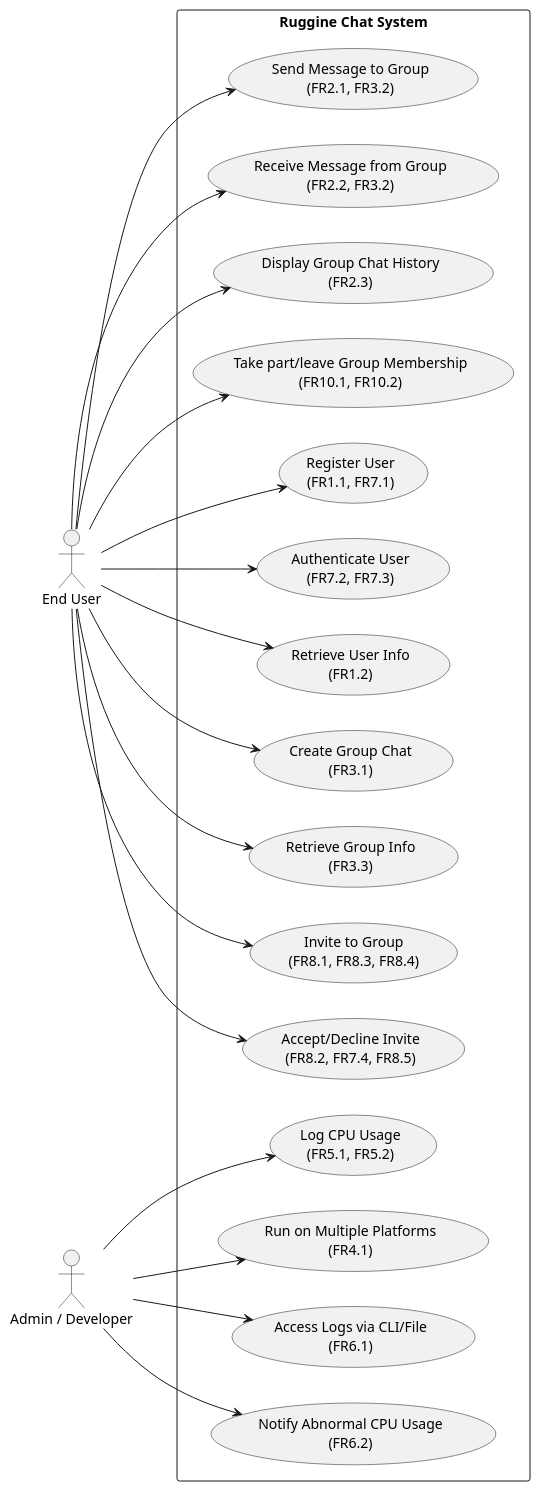
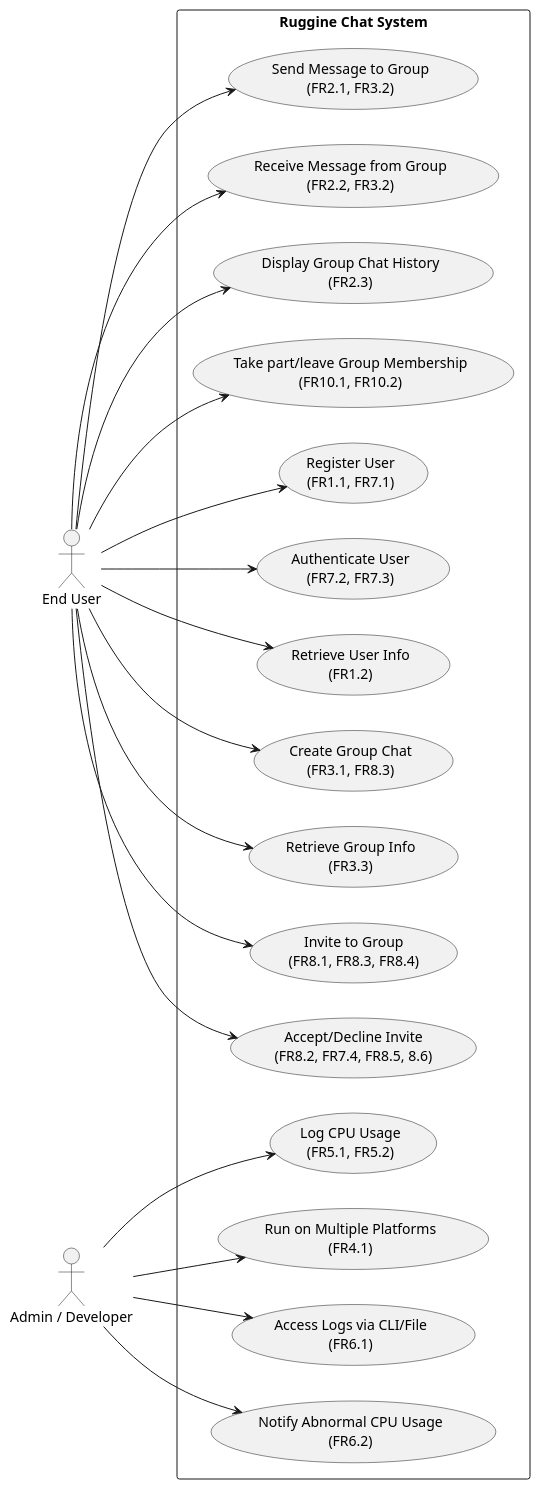
The second of 5 diagrams in doc/requirements.md (Enric0-Balb0/ruggine-chat), drawn with PlantUML before and after one commit. The commit also changed other lines of this file and 52 other files, not shown here.

````diff
--- a/doc/requirements.md
+++ b/doc/requirements.md
@@ -160,52 +162,52 @@
 ```plantuml
 @startuml
 left to right direction
 
 actor "End User" as User
 actor "Admin / Developer" as AdminDev
 
 rectangle "Ruggine Chat System" {
   
   usecase "Register User\n(FR1.1, FR7.1)" as UC_Register
   usecase "Authenticate User\n(FR7.2, FR7.3)" as UC_Auth
   usecase "Retrieve User Info\n(FR1.2)" as UC_RetrieveUser
-  
-  usecase "Create Group Chat\n(FR3.1)" as UC_CreateGroup
+
+  usecase "Create Group Chat\n(FR3.1, FR8.3)" as UC_CreateGroup
   usecase "Retrieve Group Info\n(FR3.3)" as UC_RetrieveGroup
   usecase "Invite to Group\n(FR8.1, FR8.3, FR8.4)" as UC_InviteGroup
-  usecase "Accept/Decline Invite\n(FR8.2, FR7.4, FR8.5)" as UC_InviteResponse
+  usecase "Accept/Decline Invite\n(FR8.2, FR7.4, FR8.5, 8.6)" as UC_InviteResponse
   
   usecase "Send Message to Group\n(FR2.1, FR3.2)" as UC_SendMsg
   usecase "Receive Message from Group\n(FR2.2, FR3.2)" as UC_ReceiveMsg
   usecase "Display Group Chat History\n(FR2.3)" as UC_DisplayHistory
   
   usecase "Access Logs via CLI/File\n(FR6.1)" as UC_AccessLogs
   usecase "Notify Abnormal CPU Usage\n(FR6.2)" as UC_NotifyCPU
   
   usecase "Log CPU Usage\n(FR5.1, FR5.2)" as UC_LogCPU
   usecase "Run on Multiple Platforms\n(FR4.1)" as UC_CrossPlatform
 
   usecase "Take part/leave Group Membership\n(FR10.1, FR10.2)" as UC_ManageGroup
 }
 
 User --> UC_Register
 User --> UC_Auth
 User --> UC_RetrieveUser
 User --> UC_CreateGroup
 User --> UC_InviteGroup
 User --> UC_InviteResponse
 User --> UC_SendMsg
 User --> UC_ReceiveMsg
 User --> UC_DisplayHistory
 User --> UC_RetrieveGroup
 User --> UC_ManageGroup
 
 AdminDev --> UC_AccessLogs
 AdminDev --> UC_NotifyCPU
 AdminDev --> UC_LogCPU
 AdminDev --> UC_CrossPlatform
 
 @enduml
 
 
 ```
````
